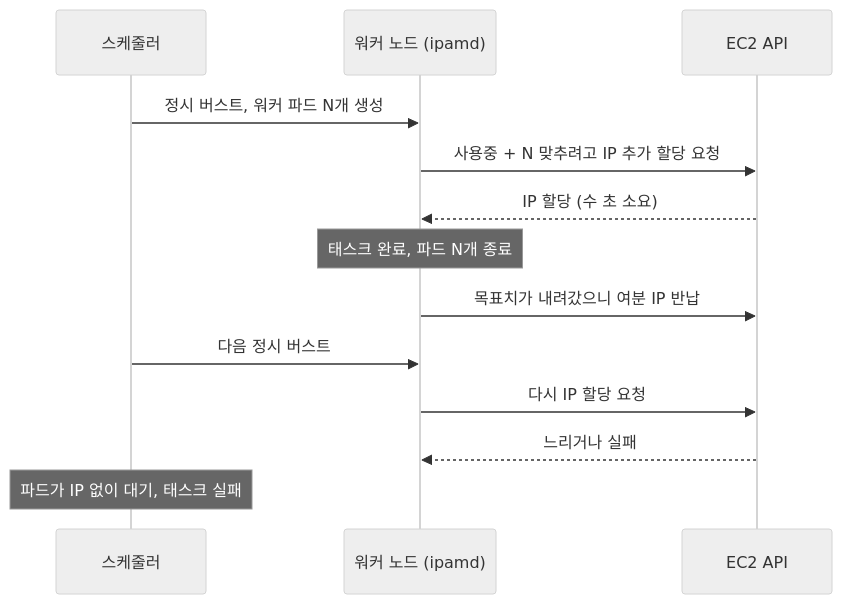
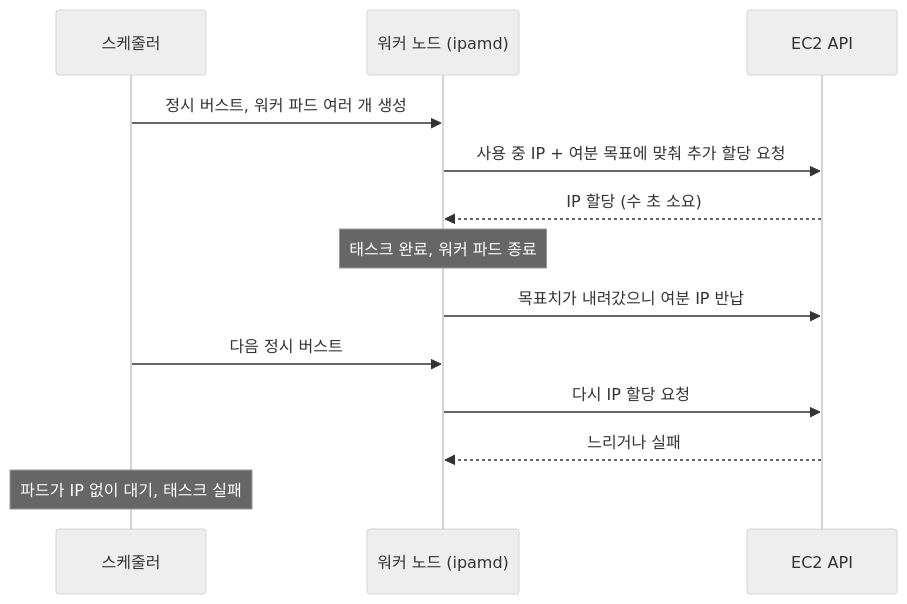
Before and after one commit to kukjun/blog: the diagram in src/content/blog/ko/eks-warm-ip-target.md, drawn with Mermaid (neutral theme). The commit also changed other lines of this file and 32 other files, not shown here.

````diff
--- a/src/content/blog/ko/eks-warm-ip-target.md
+++ b/src/content/blog/ko/eks-warm-ip-target.md
@@ -72,15 +73,15 @@
 ```mermaid
 sequenceDiagram
   participant Sched as 스케줄러
   participant Node as 워커 노드 (ipamd)
   participant EC2 as EC2 API
-  Sched->>Node: 정시 버스트, 워커 파드 N개 생성
-  Node->>EC2: 사용중 + N 맞추려고 IP 추가 할당 요청
+  Sched->>Node: 정시 버스트, 워커 파드 여러 개 생성
+  Node->>EC2: 사용 중 IP + 여분 목표에 맞춰 추가 할당 요청
   EC2-->>Node: IP 할당 (수 초 소요)
-  Note over Node: 태스크 완료, 파드 N개 종료
+  Note over Node: 태스크 완료, 워커 파드 종료
   Node->>EC2: 목표치가 내려갔으니 여분 IP 반납
   Sched->>Node: 다음 정시 버스트
   Node->>EC2: 다시 IP 할당 요청
   EC2-->>Node: 느리거나 실패
   Note over Sched: 파드가 IP 없이 대기, 태스크 실패
 ```
````
